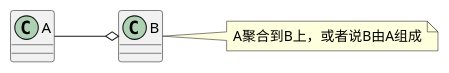
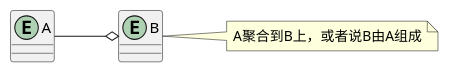
Before and after one commit to lyremelody/spiritual-practice: the ninth of 10 diagrams in software-engineering/uml/README.md, drawn with PlantUML. The commit also changed other lines of this file, not shown here.

Commit message:
完善《UML》，新增实现关系、精化关系、泛化关系、聚合关系、组合关系的解释

````diff
--- a/software-engineering/uml/README.md
+++ b/software-engineering/uml/README.md
@@ -184,9 +198,9 @@
 ```plantuml
 @startuml
-class A
-class B
+entity A
+entity B
 left to right direction
 A --o B
 note right: A聚合到B上，或者说B由A组成
 @enduml
 ```
````
